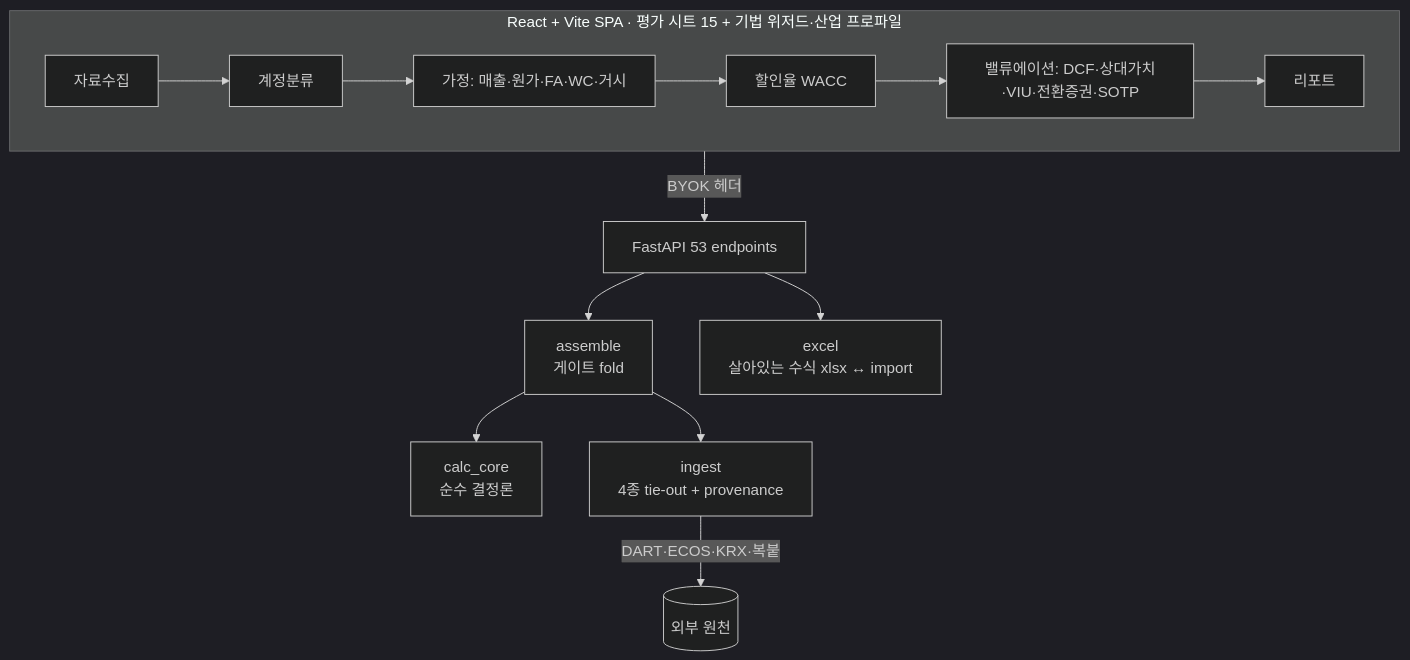
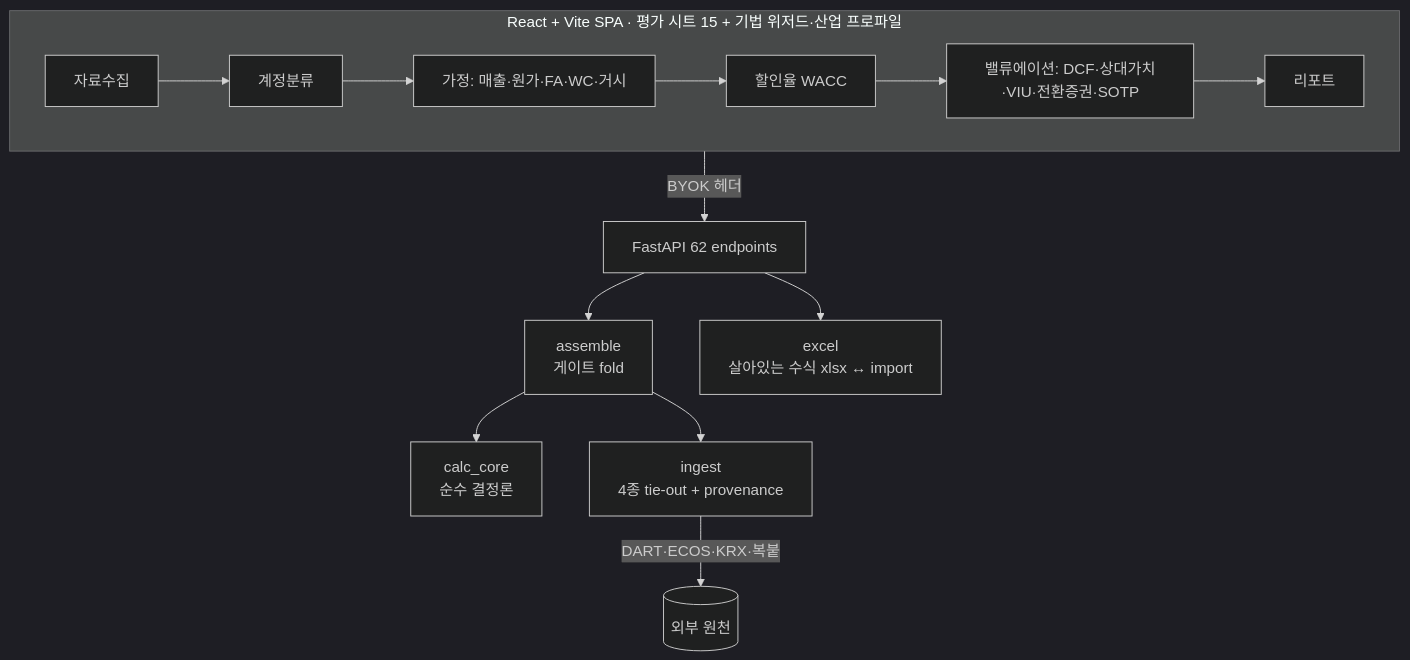
The second of 6 diagrams in README.md (gfdsstyu/val-studio), drawn with Mermaid (dark theme) before and after one commit. The commit also changed other lines of this file and 9 other files, not shown here.

````diff
--- a/README.md
+++ b/README.md
@@ -160,13 +161,13 @@
 ```mermaid
 flowchart TB
   subgraph FE[React + Vite SPA · 평가 시트 15 + 기법 위저드·산업 프로파일]
     M[자료수집] --> MAP[계정분류] --> A[가정: 매출·원가·FA·WC·거시]
     A --> D[할인율 WACC] --> V[밸류에이션: DCF·상대가치·VIU·전환증권·SOTP] --> R[리포트]
   end
-  FE -->|BYOK 헤더| API[FastAPI 53 endpoints]
+  FE -->|BYOK 헤더| API[FastAPI 62 endpoints]
   API --> ASM[assemble<br/>게이트 fold]
   ASM --> CC[calc_core<br/>순수 결정론]
   ASM --> ING[ingest<br/>4종 tie-out + provenance]
   ING -->|DART·ECOS·KRX·복붙| EXT[(외부 원천)]
   API --> XL[excel<br/>살아있는 수식 xlsx ↔ import]
 ```
````
